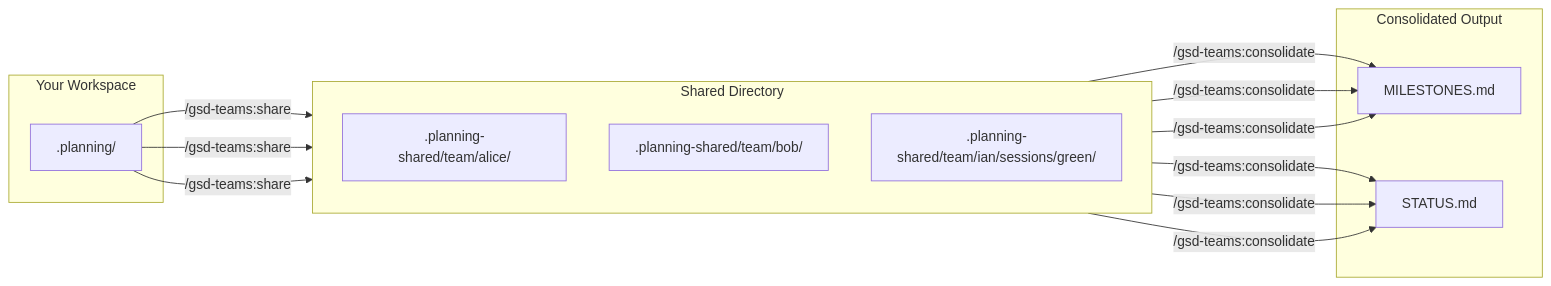
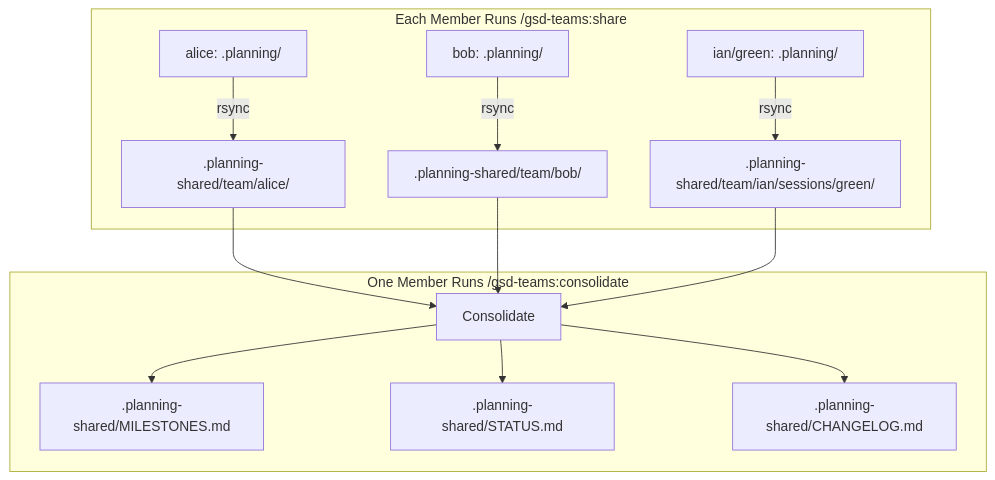
One commit to ianwsperber/gsd-teams changed the diagram in README.md. Above: the diagram before and after it, drawn with Mermaid. The commit also changed other lines of this file, not shown here.

First line of the commit message:
docs: improve README with generated file examples and directory structure

````diff
--- a/README.md
+++ b/README.md
@@ -44,30 +44,15 @@
 ```mermaid
-flowchart LR
-    subgraph "Your Workspace"
-        P[".planning/"]
+flowchart TD
+    subgraph "Each Member Runs /gsd-teams:share"
+        P1["alice: .planning/"] -->|rsync| S1[".planning-shared/team/alice/"]
+        P2["bob: .planning/"] -->|rsync| S2[".planning-shared/team/bob/"]
+        P3["ian/green: .planning/"] -->|rsync| S3[".planning-shared/team/ian/sessions/green/"]
     end
 
-    subgraph "Shared Directory"
-        direction TB
-        A[".planning-shared/team/alice/"]
-        B[".planning-shared/team/bob/"]
-        C[".planning-shared/team/ian/sessions/green/"]
+    subgraph "One Member Runs /gsd-teams:consolidate"
+        S1 & S2 & S3 --> C[Consolidate]
+        C --> M[".planning-shared/MILESTONES.md"]
+        C --> ST[".planning-shared/STATUS.md"]
+        C --> CL[".planning-shared/CHANGELOG.md"]
     end
-
-    subgraph "Consolidated Output"
-        M["MILESTONES.md"]
-        S["STATUS.md"]
-    end
-
-    P -->|"/gsd-teams:share"| A
-    P -->|"/gsd-teams:share"| B
-    P -->|"/gsd-teams:share"| C
-
-    A -->|"/gsd-teams:consolidate"| M
-    B -->|"/gsd-teams:consolidate"| M
-    C -->|"/gsd-teams:consolidate"| M
-
-    A -->|"/gsd-teams:consolidate"| S
-    B -->|"/gsd-teams:consolidate"| S
-    C -->|"/gsd-teams:consolidate"| S
 ```
````
